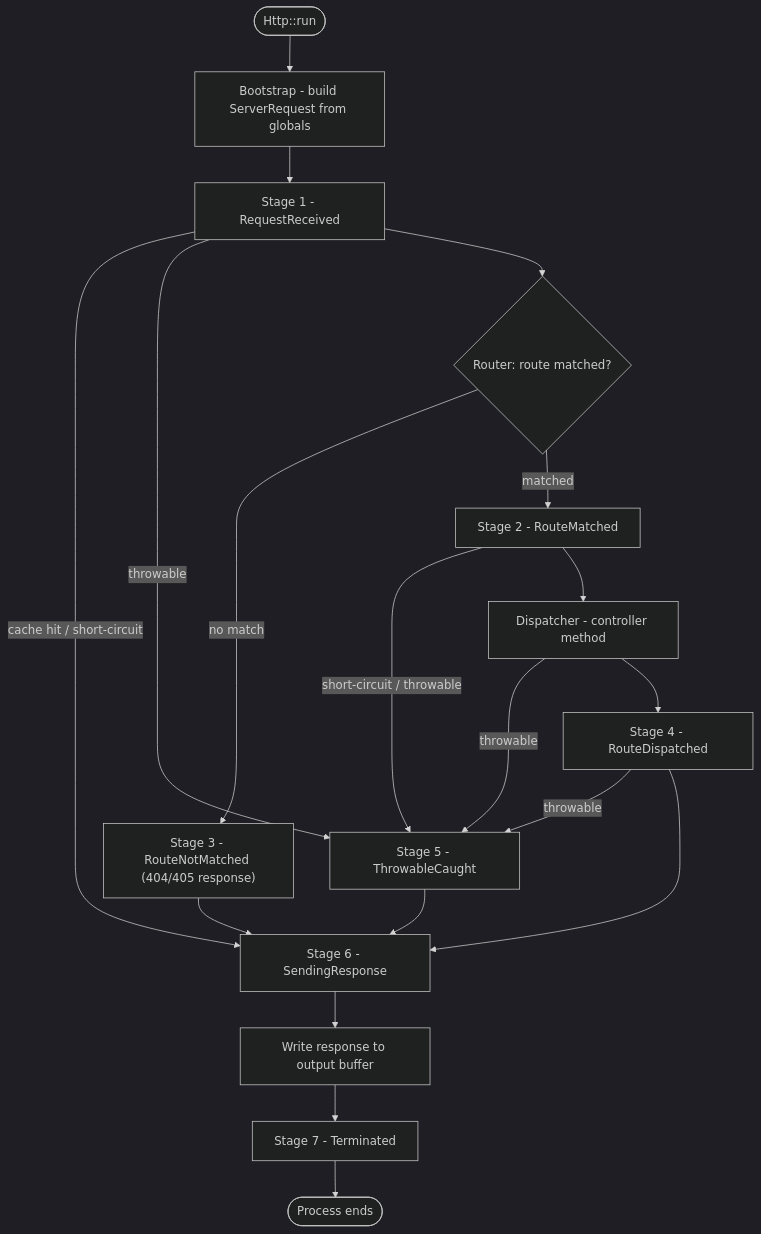
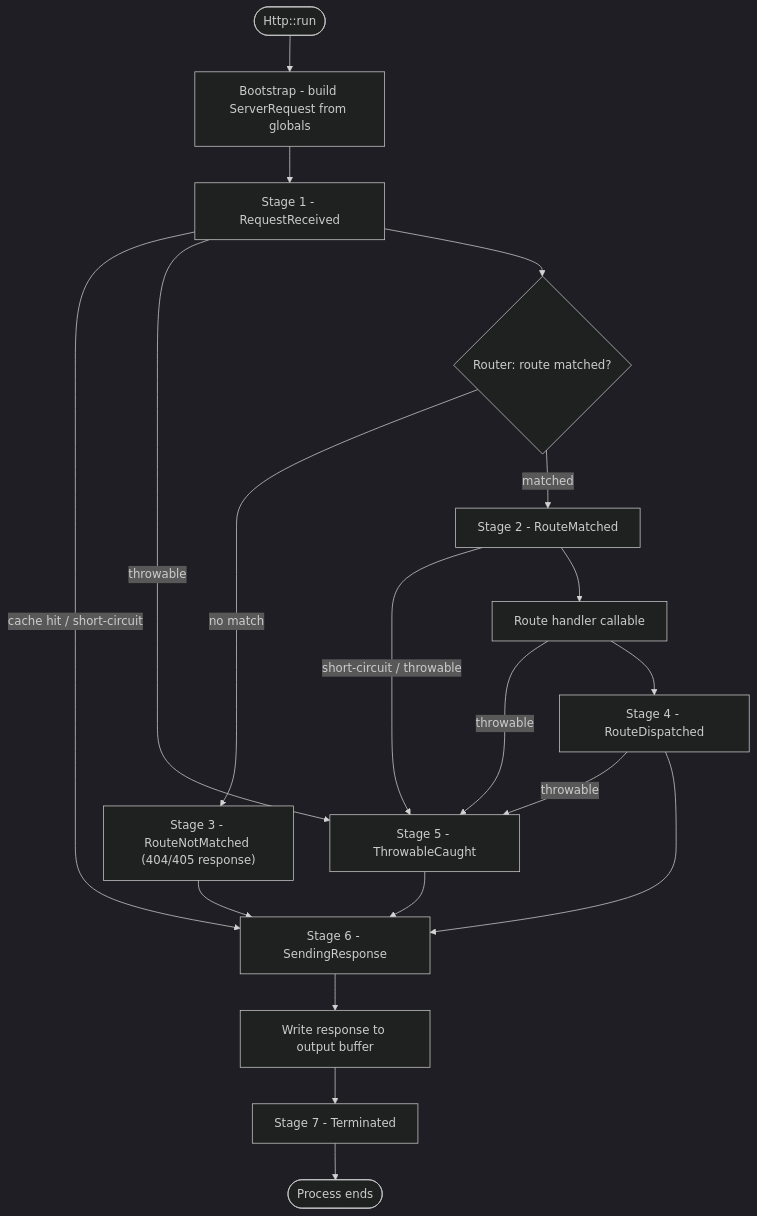
One commit to valkyrjaio/valkyrja changed the diagram in src/Valkyrja/Http/README.md. Above: the diagram before and after it, drawn with Mermaid (dark theme). The commit also changed other lines of this file and 34 other files, not shown here.

Commit message:
[Cli] Update routing to use route handler and remove dispatch.

````diff
--- a/src/Valkyrja/Http/README.md
+++ b/src/Valkyrja/Http/README.md
@@ -790,21 +882,21 @@
 ```mermaid
 flowchart TD
     A([Http::run]) --> B[Bootstrap - build ServerRequest from globals]
     B --> C[Stage 1 - RequestReceived]
     C -->|"cache hit / short-circuit"| G[Stage 6 - SendingResponse]
     C -->|throwable| J[Stage 5 - ThrowableCaught]
     C --> D{"Router: route matched?"}
     D -->|"no match"| E["Stage 3 - RouteNotMatched (404/405 response)"]
     D -->|matched| F[Stage 2 - RouteMatched]
     E --> G
     F -->|"short-circuit / throwable"| J
-    F --> H[Dispatcher - controller method]
+    F --> H[Route handler callable]
     H -->|throwable| J
-    H --> I[Stage 4 - RouteDispatched]
+    H[Route handler callable] --> I[Stage 4 - RouteDispatched]
     I -->|throwable| J
     I --> G
     J --> G
     G --> K[Write response to output buffer]
     K --> L[Stage 7 - Terminated]
     L --> M([Process ends])
 ```
````
